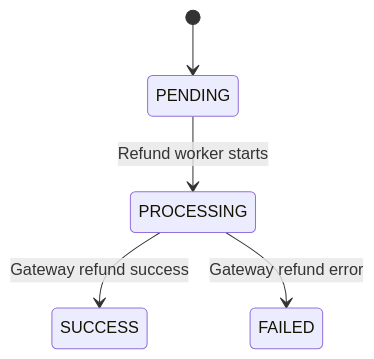
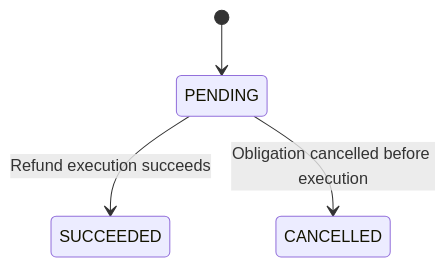
The fifth of 5 diagrams in docs/STATE_MACHINE.md (SyxThan/GoBookNow), drawn with Mermaid before and after one commit. The commit also changed other lines of this file and 8 other files, not shown here.

Commit message:
feat(refund): add safe refund domain and obligation service

````diff
--- a/docs/STATE_MACHINE.md
+++ b/docs/STATE_MACHINE.md
@@ -490,9 +492,7 @@
 ```mermaid
 stateDiagram-v2
     [*] --> PENDING
 
-    PENDING --> PROCESSING: Refund worker starts
-
-    PROCESSING --> SUCCESS: Gateway refund success
-    PROCESSING --> FAILED: Gateway refund error
+    PENDING --> SUCCEEDED: Refund execution succeeds
+    PENDING --> CANCELLED: Obligation cancelled before execution
 ```
````
